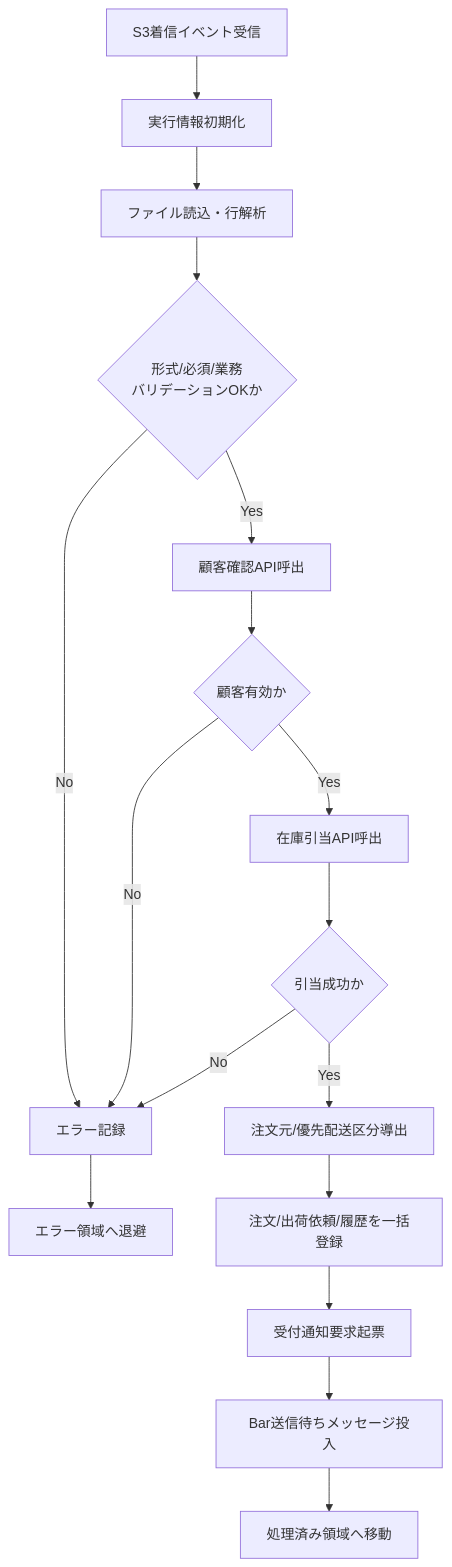
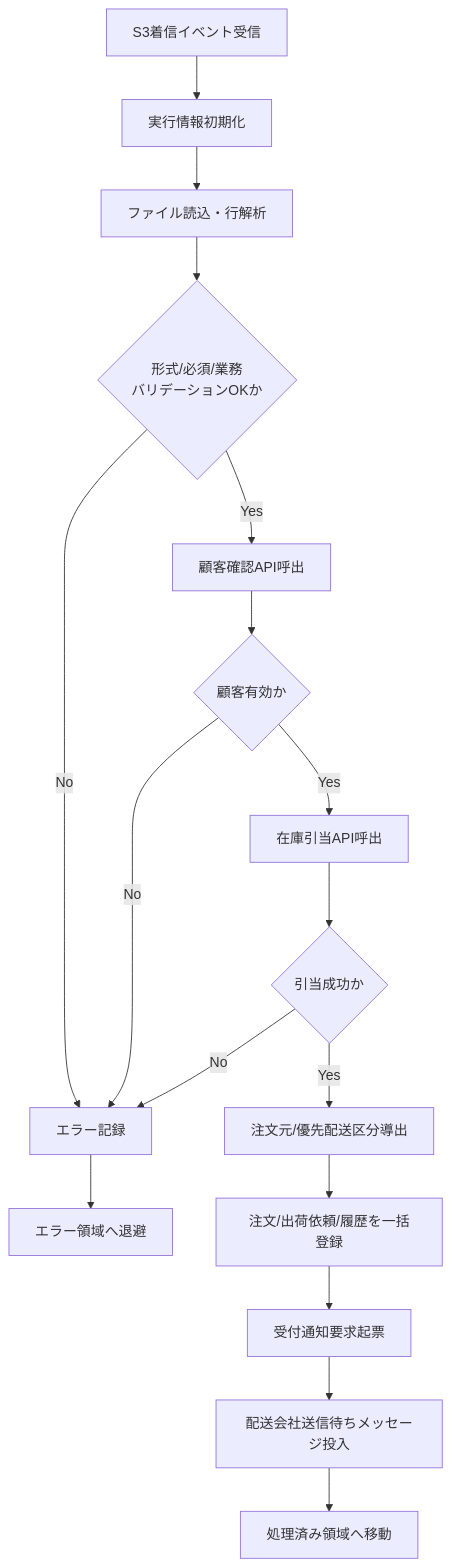
The diagram in docs/自社内部設計/業務設計/処理設計書/PDS-001_Foo注文取込Batch処理設計書.md (CalorieMateEater/training-project-logistics-company), drawn with Mermaid before and after one commit. The commit also changed other lines of this file and 235 other files, not shown here.

````diff
--- a/docs/自社内部設計/業務設計/処理設計書/PDS-001_Foo注文取込Batch処理設計書.md
+++ b/docs/自社内部設計/業務設計/処理設計書/PDS-001_Foo注文取込Batch処理設計書.md
@@ -16,19 +16,19 @@
 ```mermaid
 flowchart TD
     A[S3着信イベント受信] --> B[実行情報初期化]
     B --> C[ファイル読込・行解析]
     C --> D{形式/必須/業務\nバリデーションOKか}
     D -- No --> E[エラー記録]
     E --> F[エラー領域へ退避]
     D -- Yes --> G[顧客確認API呼出]
     G --> H{顧客有効か}
     H -- No --> E
     H -- Yes --> I[在庫引当API呼出]
     I --> J{引当成功か}
     J -- No --> E
     J -- Yes --> K[注文元/優先配送区分導出]
     K --> L[注文/出荷依頼/履歴を一括登録]
     L --> M[受付通知要求起票]
-    M --> N[Bar送信待ちメッセージ投入]
+    M --> N[配送会社送信待ちメッセージ投入]
     N --> O[処理済み領域へ移動]
 ```
````
